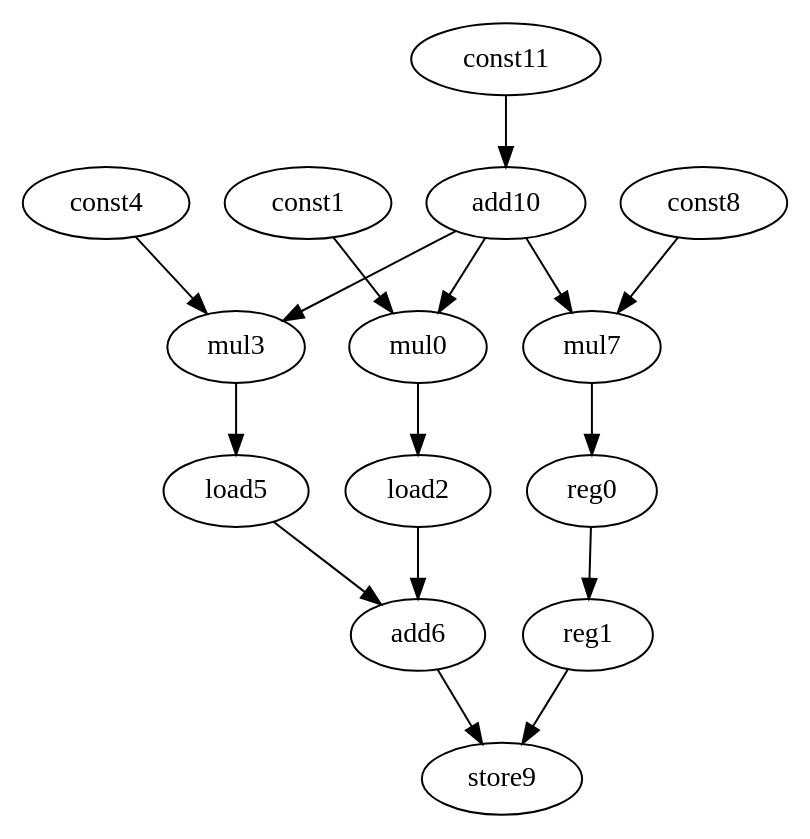
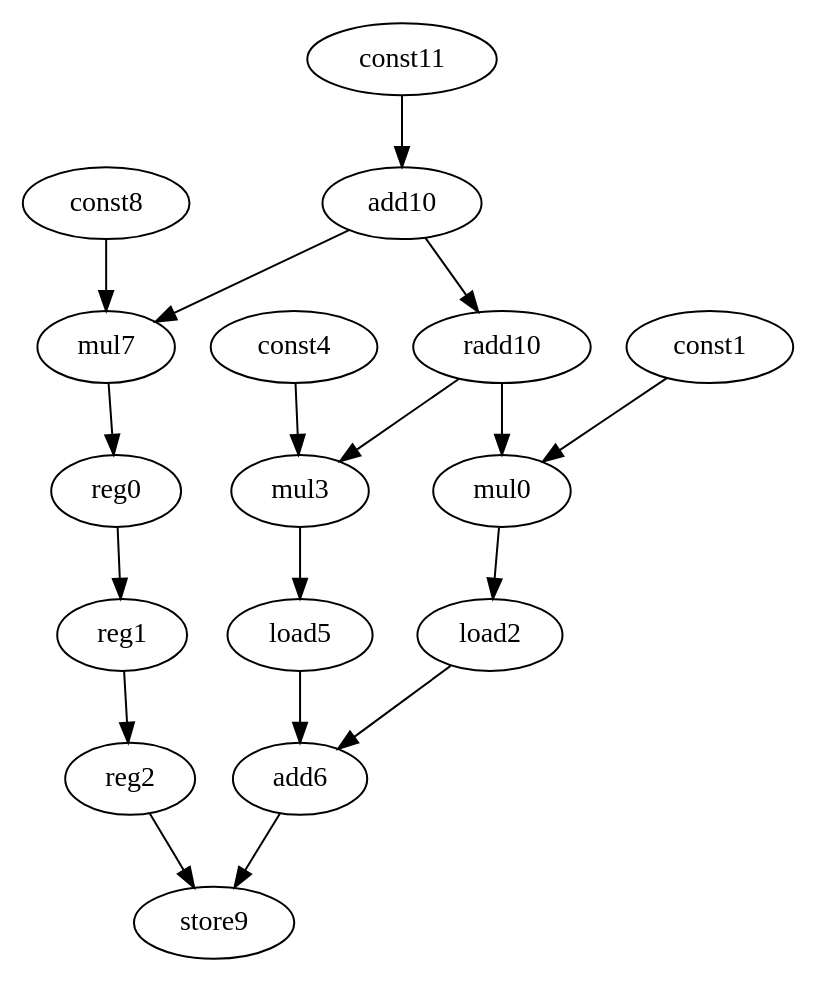
One commit to jeronimopenha/sa_verilog changed the diagram in dot/simple.dot. Above: the diagram before and after it, drawn with Graphviz. The commit also changed 15 other files, not shown here.

```diff
--- a/dot/simple.dot
+++ b/dot/simple.dot
@@ -1,30 +1,35 @@
 digraph G {
-mul0[opcode=mul];
-const1[opcode=const];
-load2[opcode=load];
-mul3[opcode=mul];
-const4[opcode=const];
-load5[opcode=load];
-add6[opcode=add];
-mul7[opcode=mul];
-const8[opcode=const];
-store9[opcode=store];
-add10[opcode=add];
-const11[opcode=const];
-load2->add6[operand=1]; //load->add
-load5->add6[operand=0]; //load->add
-add6->store9[operand=0]; //add->store
-add10->mul0[operand=1]; //add->gep_mul
-add10->mul3[operand=1]; //add->gep_mul
-add10->mul7[operand=1]; //add->gep_mul
-//add10->add10[operand=0]; //add->add
-const1->mul0[operand=0]; //gep_const->gep_mul
-mul0->load2[operand=0]; //gep_mul->load
-const4->mul3[operand=0]; //gep_const->gep_mul
-mul3->load5[operand=0]; //gep_mul->load
-const8->mul7[operand=0]; //gep_const->gep_mul
+mul0;
+const1;
+load2;
+mul3;
+const4;
+load5;
+add6;
+mul7;
+const8;
+reg0;
+reg1;
+reg2;
+store9;
+add10;
+radd10;
+const11;
+load2->add6; 
+load5->add6; 
+add6->store9; 
+add10 -> radd10
+radd10->mul0; 
+radd10->mul3; 
+add10->mul7; 
+const1->mul0; 
+mul0->load2; 
+const4->mul3; 
+mul3->load5; 
+const8->mul7; 
 mul7->reg0;
 reg0->reg1;
-reg1->store9[operand=1]; //gep_mul->store
-const11->add10[operand=1]; //const->add
+reg1->reg2;
+reg2->store9; 
+const11->add10; 
 }
```
